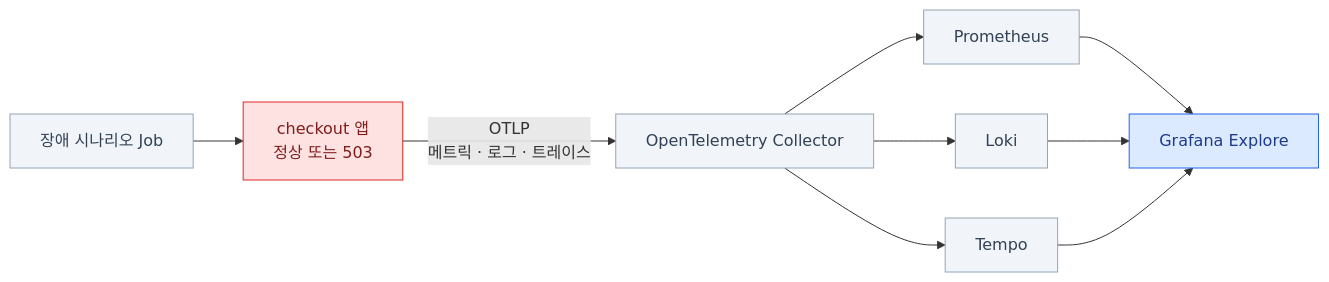
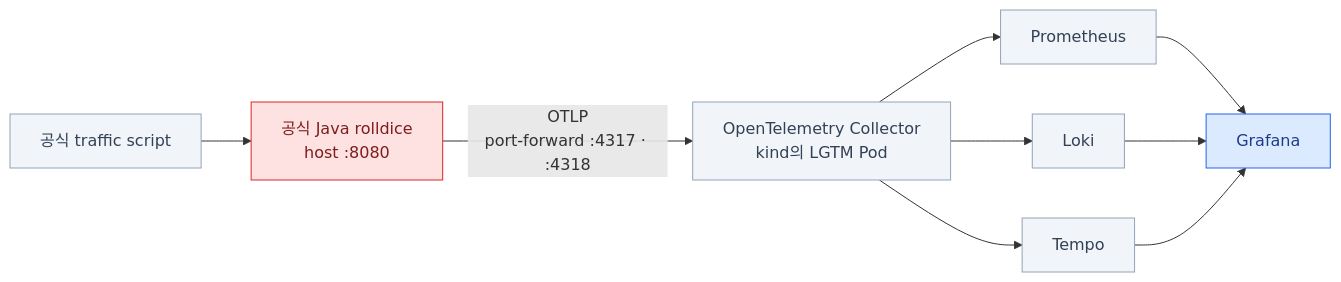
Before and after one commit to mechurak/study-starlight: the diagram in src/content/docs/observability/08-lab-setup.mdx, drawn with Mermaid. The commit also changed other lines of this file and 16 other files, not shown here.

Commit message:
docs: use official LGTM example app for observability lab

````diff
--- a/src/content/docs/observability/08-lab-setup.mdx
+++ b/src/content/docs/observability/08-lab-setup.mdx
@@ -24,18 +26,18 @@
 ```mermaid
 flowchart LR
-    TRAFFIC["장애 시나리오 Job"] --> APP["checkout 앱<br/>정상 또는 503"]
-    APP -->|"OTLP<br/>메트릭 · 로그 · 트레이스"| COL["OpenTelemetry Collector"]
+    TRAFFIC["공식 traffic script"] --> APP["공식 Java rolldice<br/>host :8080"]
+    APP -->|"OTLP<br/>port-forward :4317 · :4318"| COL["OpenTelemetry Collector<br/>kind의 LGTM Pod"]
     COL --> PROM["Prometheus"]
     COL --> LOKI["Loki"]
     COL --> TEMPO["Tempo"]
-    PROM --> GRAF["Grafana Explore"]
+    PROM --> GRAF["Grafana"]
     LOKI --> GRAF
     TEMPO --> GRAF
 
     classDef bad  fill:#fee2e2,stroke:#dc2626,color:#7f1d1d
     classDef key  fill:#dbeafe,stroke:#2563eb,color:#1e3a8a
     classDef mute fill:#f1f5f9,stroke:#94a3b8,color:#334155
     class APP bad
     class GRAF key
     class TRAFFIC,COL,PROM,LOKI,TEMPO mute
 ```
````
